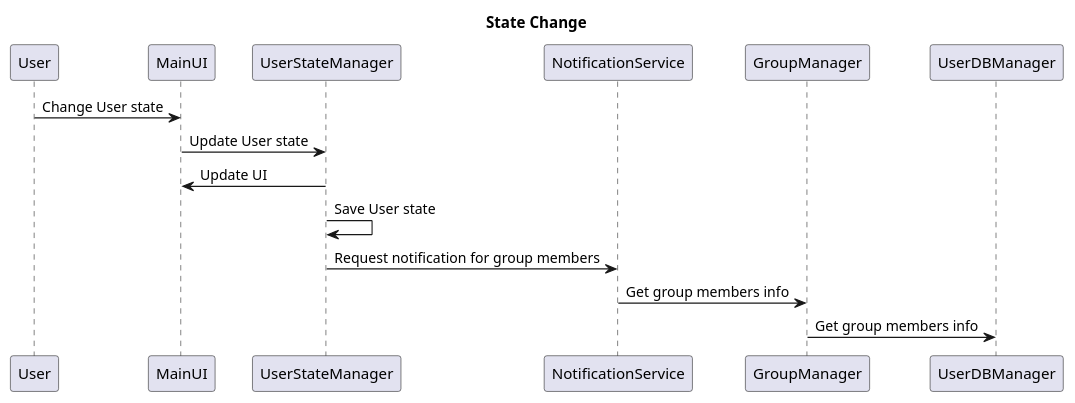
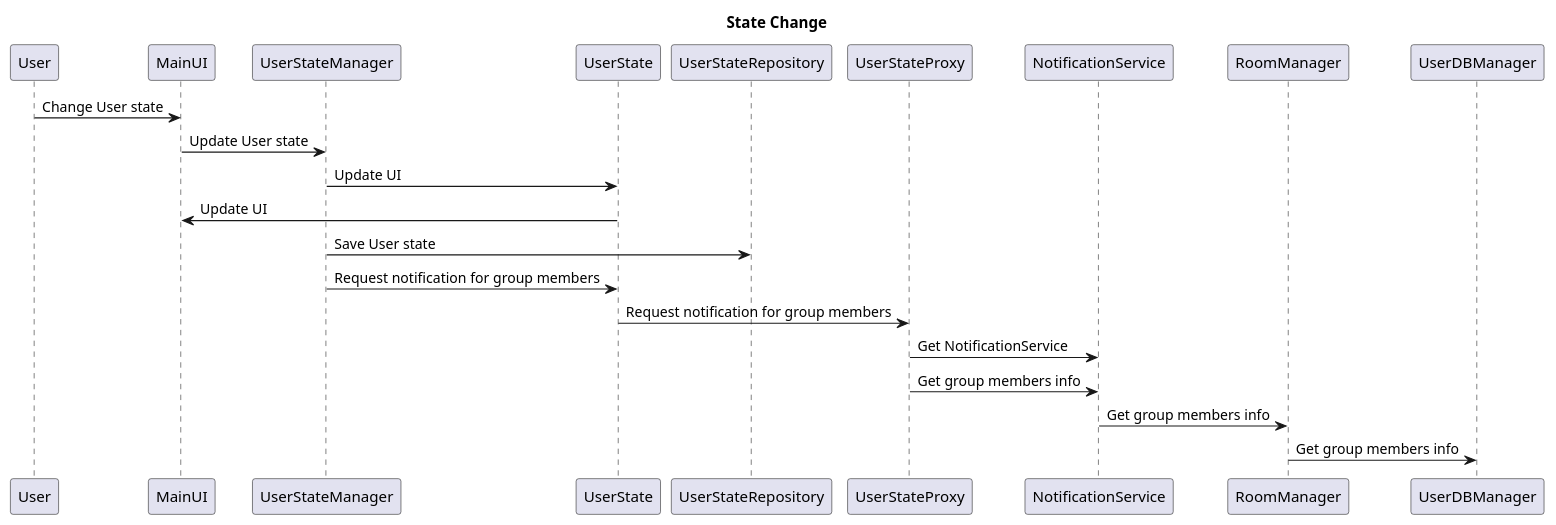
One commit to 2bellwater/EMO_USE_CASE changed the diagram in UC_STATE_CHANGE.wsd. Above: the diagram before and after it, drawn with PlantUML. The commit also changed 2 other files, not shown here.

Commit message:
Add proxy and UserState

```diff
--- a/UC_STATE_CHANGE.wsd
+++ b/UC_STATE_CHANGE.wsd
@@ -1,10 +1,14 @@
 @startuml
 title State Change
 User -> MainUI : Change User state
 MainUI -> UserStateManager : Update User state
-UserStateManager -> MainUI : Update UI 
-UserStateManager -> UserStateManager : Save User state
-UserStateManager -> NotificationService : Request notification for group members
-NotificationService -> GroupManager : Get group members info
-GroupManager -> UserDBManager : Get group members info
+UserStateManager -> UserState : Update UI
+UserState -> MainUI : Update UI
+UserStateManager -> UserStateRepository : Save User state
+UserStateManager -> UserState : Request notification for group members
+UserState -> UserStateProxy : Request notification for group members
+UserStateProxy -> NotificationService : Get NotificationService
+UserStateProxy -> NotificationService : Get group members info
+NotificationService -> RoomManager : Get group members info
+RoomManager -> UserDBManager : Get group members info
 @enduml
```
